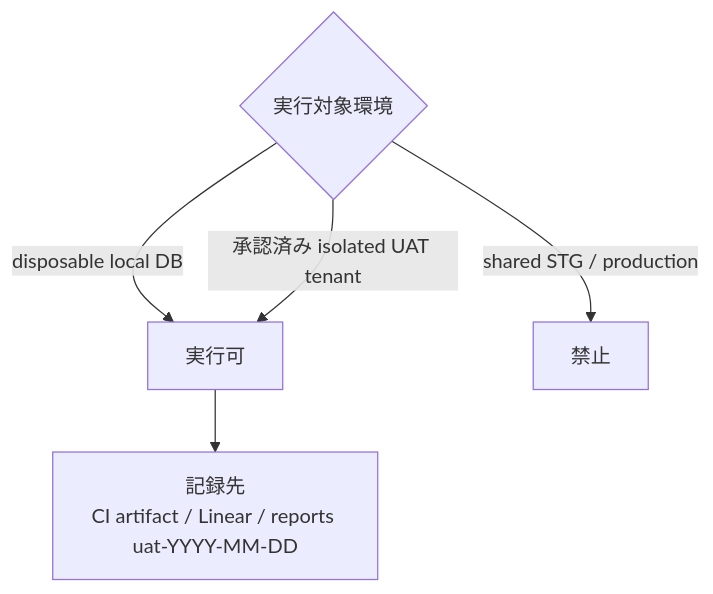
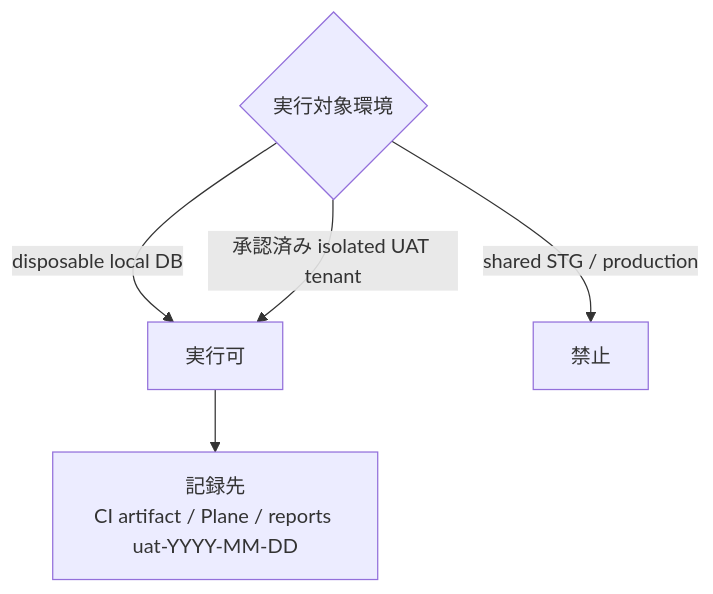
One commit to MinoruSoga/AnimalEkarte changed the diagram in docs/ops/testing/INTEGRATION_TEST_PLAN.md. Above: the diagram before and after it, drawn with Mermaid. The commit also changed other lines of this file and 106 other files, not shown here.

First line of the commit message:
docs: docs/ 全区画の最新化 — Linear→Plane 移行と実装照合のドリフト訂正

````diff
--- a/docs/ops/testing/INTEGRATION_TEST_PLAN.md
+++ b/docs/ops/testing/INTEGRATION_TEST_PLAN.md
@@ -48,7 +48,7 @@
 ```mermaid
 flowchart TB
     Q{実行対象環境} -->|disposable local DB| OK[実行可]
     Q -->|承認済み isolated UAT tenant| OK
     Q -->|shared STG / production| NG[禁止]
-    OK --> R["記録先<br>CI artifact / Linear / reports uat-YYYY-MM-DD"]
+    OK --> R["記録先<br>CI artifact / Plane / reports uat-YYYY-MM-DD"]
 ```
````
